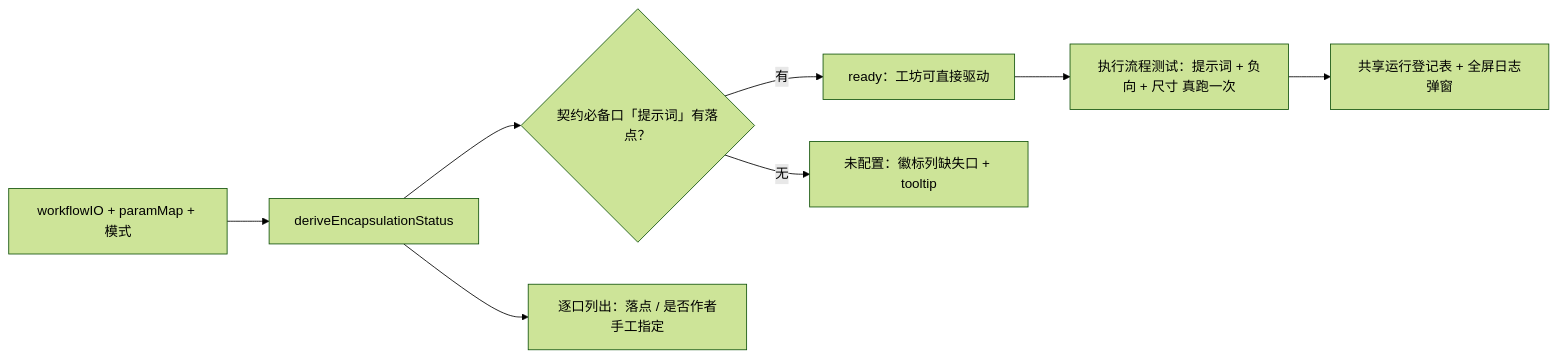
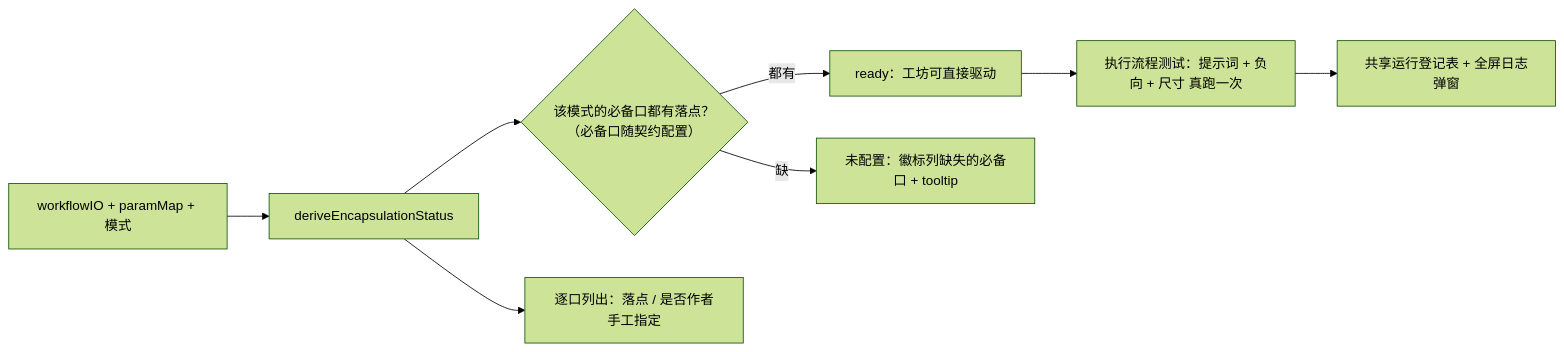
One commit to wuxianyuedu/comfy-app changed the sixth of 8 diagrams in docs/guides/feature-workflow-library-flow.md. Above: the diagram before and after it, drawn with Mermaid (forest theme). The commit also changed other lines of this file and 59 other files, not shown here.

````diff
--- a/docs/guides/feature-workflow-library-flow.md
+++ b/docs/guides/feature-workflow-library-flow.md
@@ -180,10 +191,10 @@
 ```mermaid
 flowchart LR
   IO["workflowIO + paramMap + 模式"] --> STATUS["deriveEncapsulationStatus"]
-  STATUS --> READY{"契约必备口「提示词」有落点？"}
-  READY -->|有| OK["ready：工坊可直接驱动"]
-  READY -->|无| NO["未配置：徽标列缺失口 + tooltip"]
+  STATUS --> READY{"该模式的必备口都有落点？<br/>（必备口随契约配置）"}
+  READY -->|都有| OK["ready：工坊可直接驱动"]
+  READY -->|缺| NO["未配置：徽标列缺失的必备口 + tooltip"]
   STATUS --> LIST["逐口列出：落点 / 是否作者手工指定"]
   OK --> TEST["执行流程测试：提示词 + 负向 + 尺寸 真跑一次"]
   TEST --> SHARED["共享运行登记表 + 全屏日志弹窗"]
 ```
````
